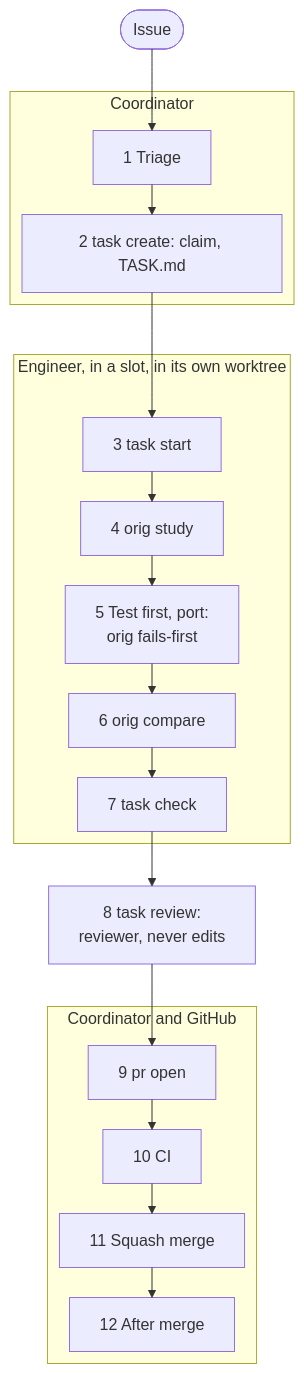
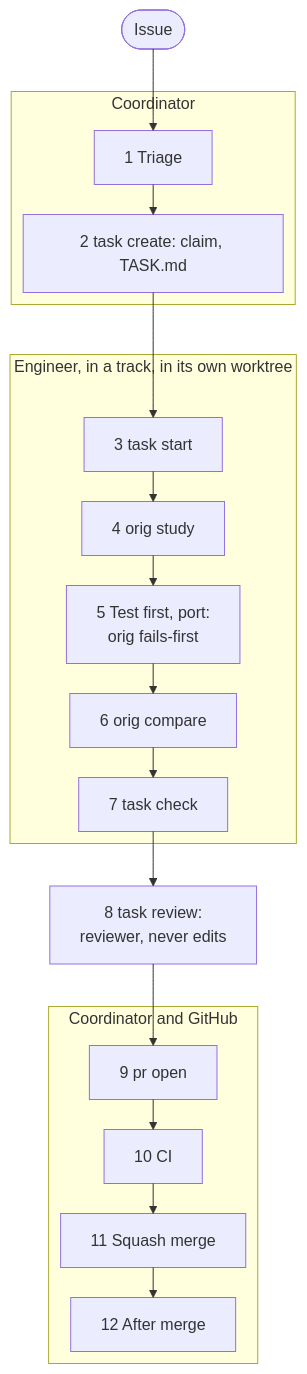
Before and after one commit to Ryubara/coney: the first of 3 diagrams in docs/guides/how-we-work.md, drawn with Mermaid. The commit also changed other lines of this file and 26 other files, not shown here.

````diff
--- a/docs/guides/how-we-work.md
+++ b/docs/guides/how-we-work.md
@@ -47,30 +47,30 @@
 ```mermaid
 ---
 config:
   layout: elk
   flowchart:
     rankSpacing: 30
 ---
 flowchart TB
   issue(["Issue"])
   subgraph coord1 ["Coordinator"]
     triage["1 Triage"]
     claim["2 task create: claim, TASK.md"]
   end
-  subgraph eng ["Engineer, in a slot, in its own worktree"]
+  subgraph eng ["Engineer, in a track, in its own worktree"]
     start["3 task start"]
     study["4 orig study"]
     port["5 Test first, port:<br/>orig fails-first"]
     compare["6 orig compare"]
     check["7 task check"]
   end
   review["8 task review:<br/>reviewer, never edits"]
   subgraph coord2 ["Coordinator and GitHub"]
     open["9 pr open"]
     ci["10 CI"]
     merge["11 Squash merge"]
     after["12 After merge"]
   end
   issue --> triage --> claim --> start --> study --> port --> compare --> check
   check --> review --> open --> ci --> merge --> after
 ```
````
